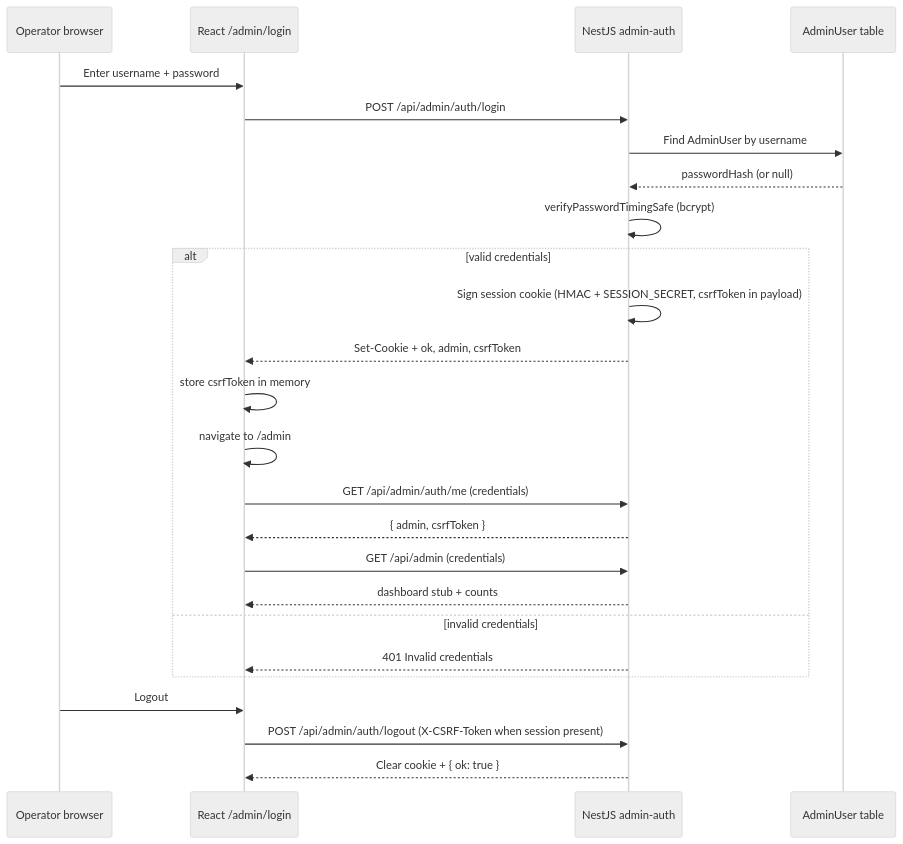
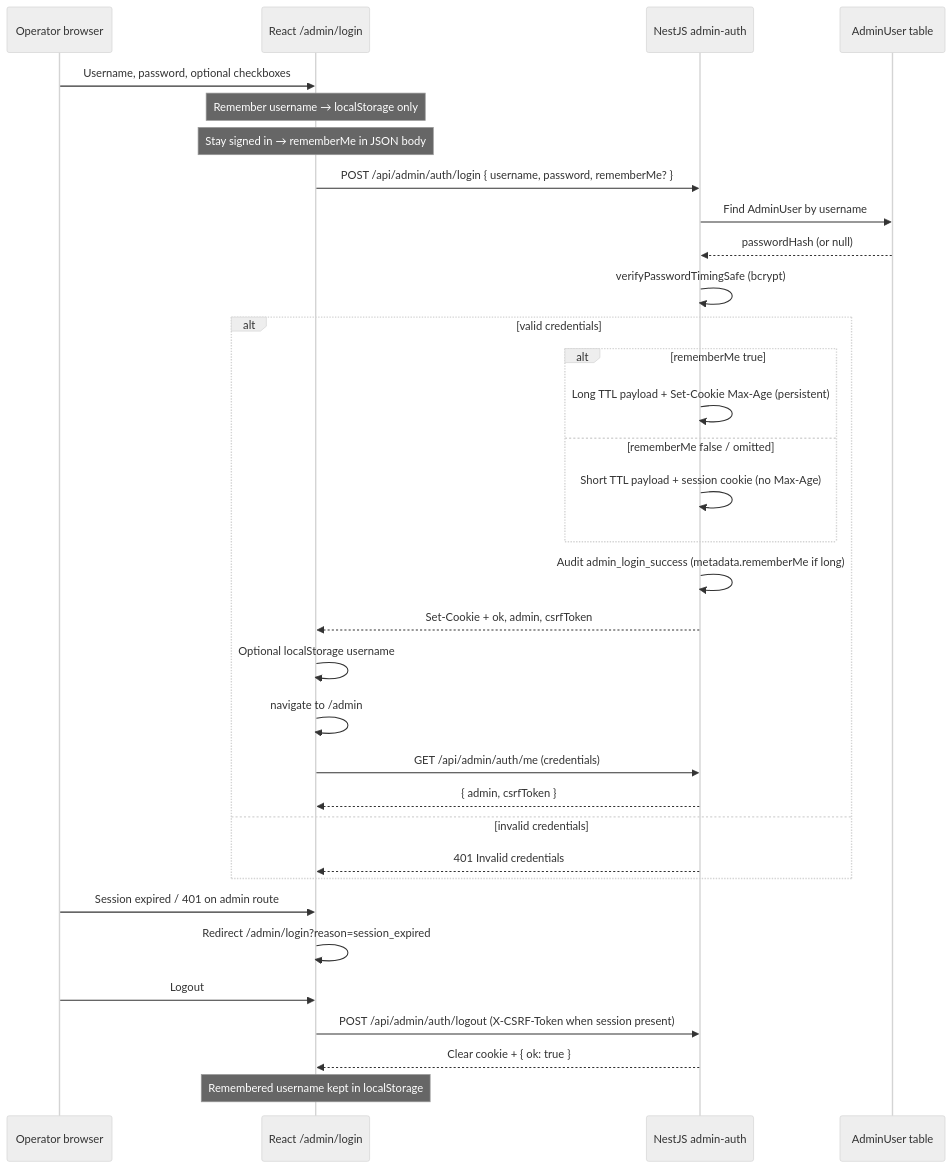
The diagram in docs/img/admin-auth-flow.mmd (01laky/NestIdP), drawn with Mermaid (neutral theme) before and after one commit. The commit also changed 51 other files, not shown here.

```diff
--- a/docs/img/admin-auth-flow.mmd
+++ b/docs/img/admin-auth-flow.mmd
@@ -1,27 +1,36 @@
 sequenceDiagram
     participant Op as Operator browser
     participant Web as React /admin/login
     participant API as NestJS admin-auth
     participant DB as AdminUser table
 
-    Op->>Web: Enter username + password
-    Web->>API: POST /api/admin/auth/login
+    Op->>Web: Username, password, optional checkboxes
+    Note over Web: Remember username → localStorage only
+    Note over Web: Stay signed in → rememberMe in JSON body
+    Web->>API: POST /api/admin/auth/login { username, password, rememberMe? }
     API->>DB: Find AdminUser by username
     DB-->>API: passwordHash (or null)
     API->>API: verifyPasswordTimingSafe (bcrypt)
     alt valid credentials
-        API->>API: Sign session cookie (HMAC + SESSION_SECRET, csrfToken in payload)
+        alt rememberMe true
+            API->>API: Long TTL payload + Set-Cookie Max-Age (persistent)
+        else rememberMe false / omitted
+            API->>API: Short TTL payload + session cookie (no Max-Age)
+        end
+        API->>API: Audit admin_login_success (metadata.rememberMe if long)
         API-->>Web: Set-Cookie + ok, admin, csrfToken
-        Web->>Web: store csrfToken in memory
+        Web->>Web: Optional localStorage username
         Web->>Web: navigate to /admin
         Web->>API: GET /api/admin/auth/me (credentials)
         API-->>Web: { admin, csrfToken }
-        Web->>API: GET /api/admin (credentials)
-        API-->>Web: dashboard stub + counts
     else invalid credentials
         API-->>Web: 401 Invalid credentials
     end
 
+    Op->>Web: Session expired / 401 on admin route
+    Web->>Web: Redirect /admin/login?reason=session_expired
+
     Op->>Web: Logout
     Web->>API: POST /api/admin/auth/logout (X-CSRF-Token when session present)
     API-->>Web: Clear cookie + { ok: true }
+    Note over Web: Remembered username kept in localStorage
```
